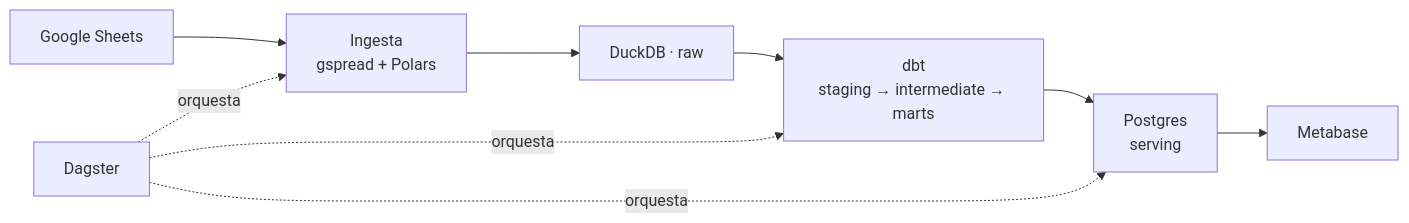
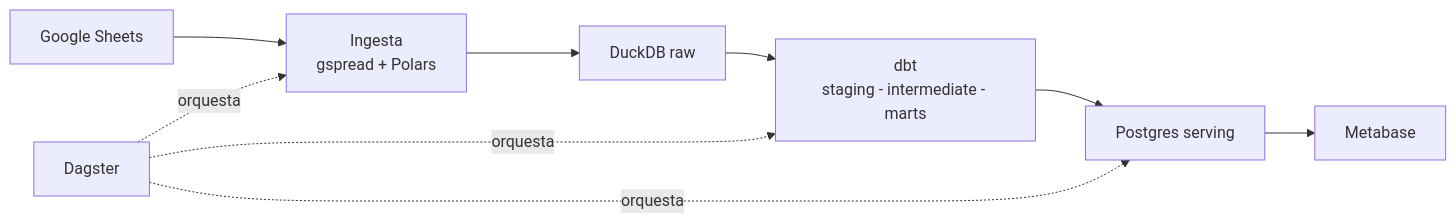
The diagram in README.md (SabaM10/mym-waffles-data), drawn with Mermaid before and after one commit. The commit also changed 1 other file, not shown here.

Commit message:
fix(docs): remove non-ascii chars breaking mermaid rendering on github

````diff
--- a/README.md
+++ b/README.md
@@ -61,11 +61,11 @@
 ```mermaid
 flowchart LR
     GS["Google Sheets"] --> ING["Ingesta<br/>gspread + Polars"]
-    ING --> RAW["DuckDB · raw"]
-    RAW --> DBT["dbt<br/>staging → intermediate → marts"]
-    DBT --> PG["Postgres<br/>serving"]
+    ING --> RAW["DuckDB raw"]
+    RAW --> DBT["dbt<br/>staging - intermediate - marts"]
+    DBT --> PG["Postgres serving"]
     PG --> MB["Metabase"]
     DAG["Dagster"] -.orquesta.-> ING
     DAG -.orquesta.-> DBT
     DAG -.orquesta.-> PG
 ```
````
